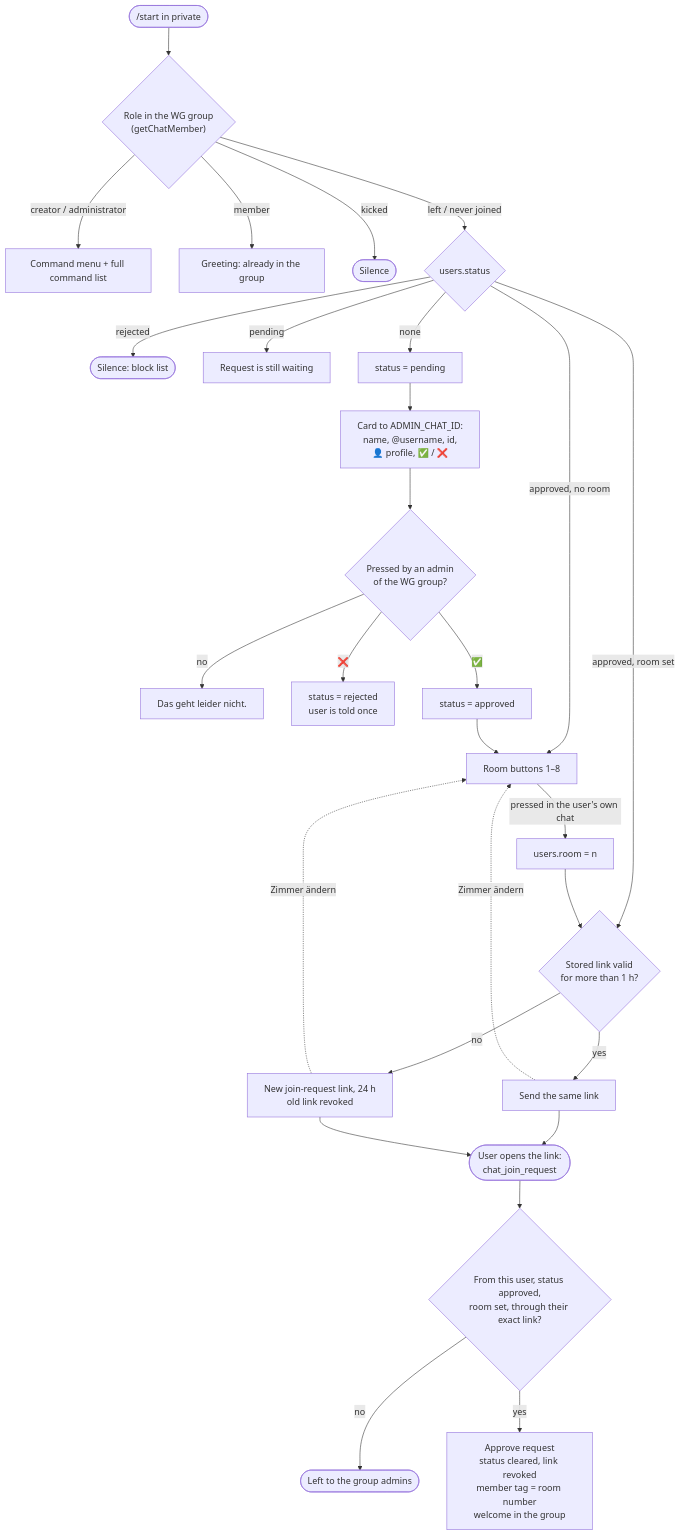
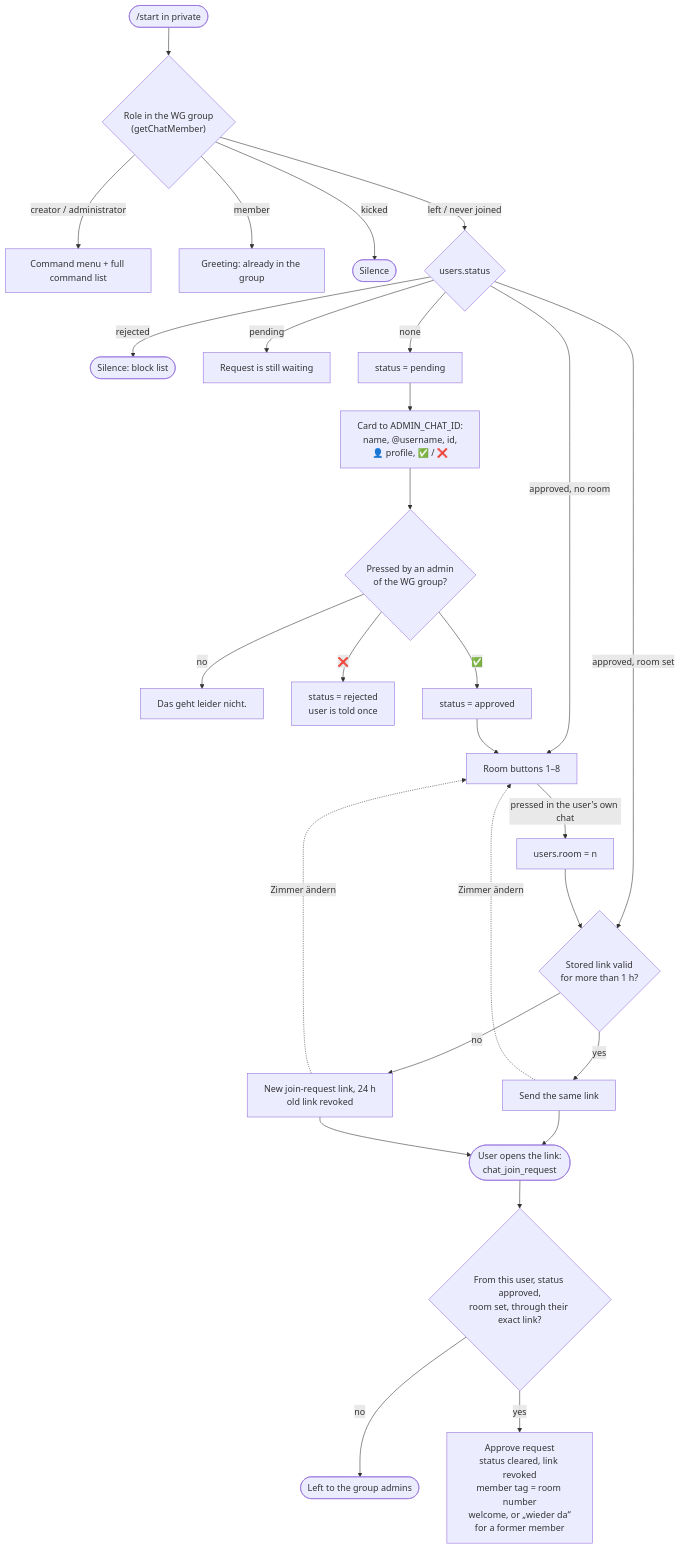
The diagram in README.md (NikitaSomik/kehrwoche), drawn with Mermaid before and after one commit. The commit also changed other lines of this file and 6 other files, not shown here.

````diff
--- a/README.md
+++ b/README.md
@@ -97,33 +104,33 @@
 ```mermaid
 flowchart TD
     start(["/start in private"]) --> role{"Role in the WG group<br/>(getChatMember)"}
     role -- "creator / administrator" --> admin["Command menu + full command list"]
     role -- "member" --> member["Greeting: already in the group"]
     role -- "kicked" --> silent1(["Silence"])
     role -- "left / never joined" --> row{"users.status"}
 
     row -- "rejected" --> silent2(["Silence: block list"])
     row -- "pending" --> waiting["Request is still waiting"]
     row -- "approved, no room" --> rooms
     row -- "approved, room set" --> link
     row -- "none" --> request["status = pending"]
 
     request --> card["Card to ADMIN_CHAT_ID:<br/>name, @username, id,<br/>👤 profile, ✅ / ❌"]
     card --> press{"Pressed by an admin<br/>of the WG group?"}
     press -- "no" --> refused["Das geht leider nicht."]
     press -- "❌" --> rejected["status = rejected<br/>user is told once"]
     press -- "✅" --> approved["status = approved"]
     approved --> rooms["Room buttons 1–8"]
     rooms -- "pressed in the user's own chat" --> room["users.room = n"]
     room --> link{"Stored link valid<br/>for more than 1 h?"}
     link -- "yes" --> resend["Send the same link"]
     link -- "no" --> newlink["New join-request link, 24 h<br/>old link revoked"]
     resend --> join
     newlink --> join(["User opens the link:<br/>chat_join_request"])
     resend -. "Zimmer ändern" .-> rooms
     newlink -. "Zimmer ändern" .-> rooms
 
     join --> check{"From this user, status approved,<br/>room set, through their exact link?"}
     check -- "no" --> manual(["Left to the group admins"])
-    check -- "yes" --> done["Approve request<br/>status cleared, link revoked<br/>member tag = room number<br/>welcome in the group"]
+    check -- "yes" --> done["Approve request<br/>status cleared, link revoked<br/>member tag = room number<br/>welcome, or „wieder da“<br/>for a former member"]
 ```
````
